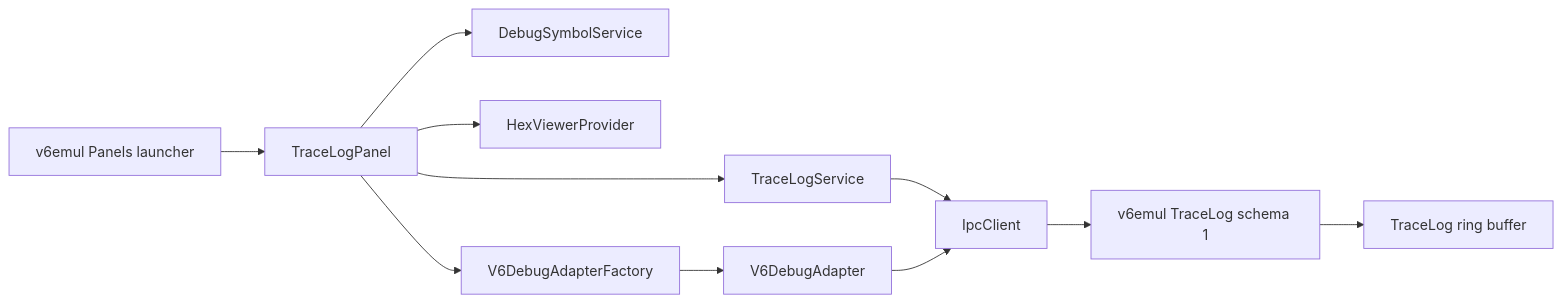
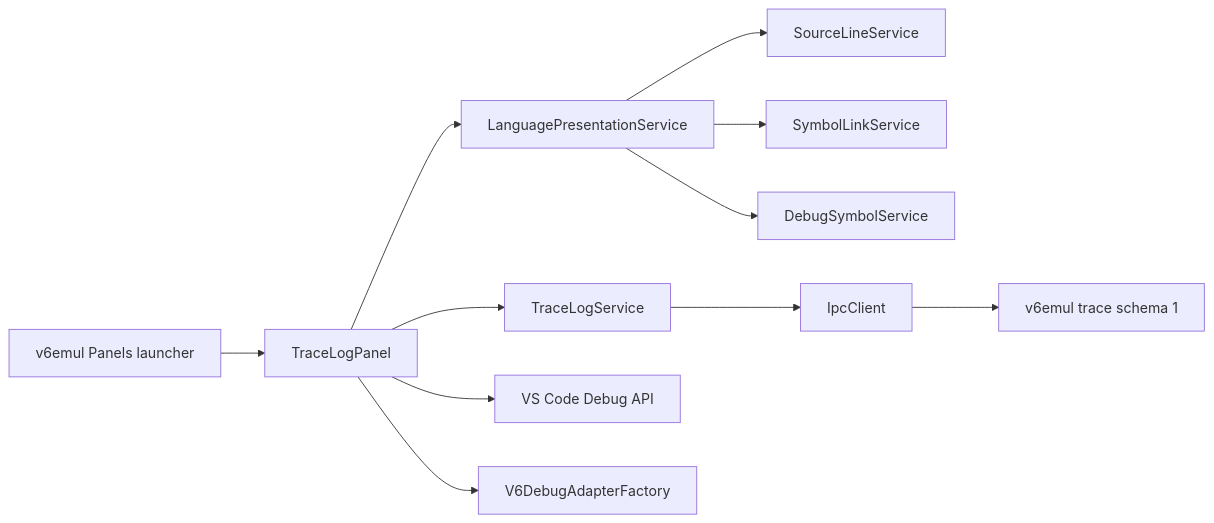
The diagram in design/features/trace-log-panel-plan.md (parallelno/v6vscode), drawn with Mermaid before and after one commit. The commit also changed other lines of this file and 1 other file, not shown here.

Commit message:
V6 Trace Log Panel plan gounded on the server implementation, added the refactoring plan

````diff
--- a/design/features/trace-log-panel-plan.md
+++ b/design/features/trace-log-panel-plan.md
@@ -250,13 +205,13 @@
 ```mermaid
 flowchart LR
     Launcher[v6emul Panels launcher] --> Panel[TraceLogPanel]
-    Panel --> Service[TraceLogService]
-    Panel --> Symbols[DebugSymbolService]
-    Panel --> Hex[HexViewerProvider]
-    Panel --> Factory[V6DebugAdapterFactory]
-    Factory --> Adapter[V6DebugAdapter]
-    Service --> Client[IpcClient]
-    Adapter --> Client
-    Client --> Server[v6emul TraceLog schema 1]
-    Server --> Ring[TraceLog ring buffer]
+    Panel --> Trace[TraceLogService]
+    Panel --> Presentation[LanguagePresentationService]
+    Presentation --> Source[SourceLineService]
+    Presentation --> Links[SymbolLinkService]
+    Presentation --> Metadata[DebugSymbolService]
+    Panel --> Debug[VS Code Debug API]
+    Panel --> Adapter[V6DebugAdapterFactory]
+    Trace --> IPC[IpcClient]
+    IPC --> Server[v6emul trace schema 1]
 ```
````
